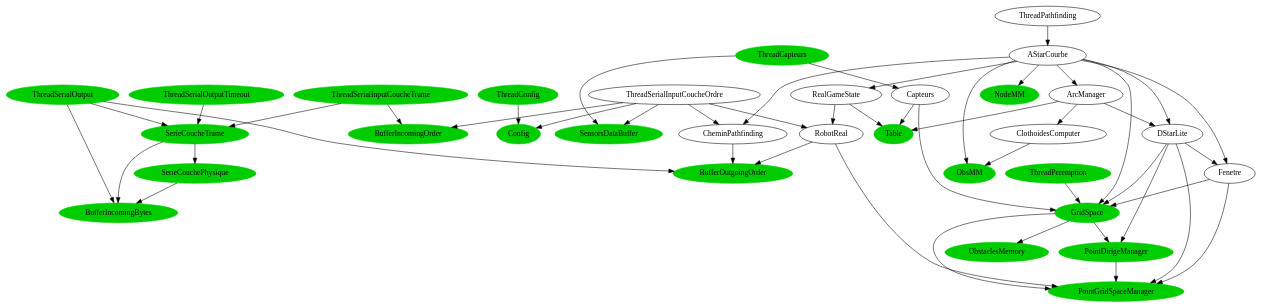
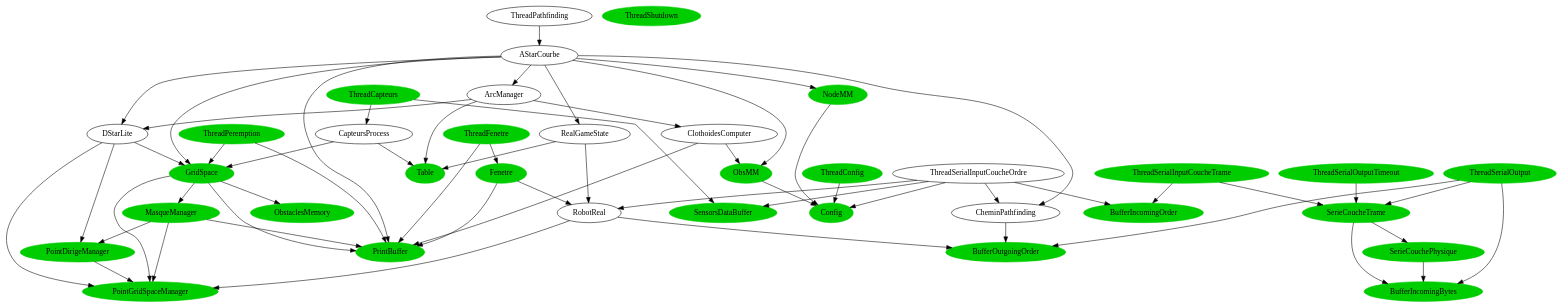
One commit to INTechSenpai/moon-rover changed the diagram in pc/dependances.dot. Above: the diagram before and after it, drawn with Graphviz. The commit also changed 8 other files, not shown here.

```diff
--- a/pc/dependances.dot
+++ b/pc/dependances.dot
@@ -1,128 +1,157 @@
 digraph dependancesJava {
+PrintBuffer;
 ThreadCapteurs [color=green3, style=filled];
 SensorsDataBuffer [color=green3, style=filled];
 ThreadCapteurs -> SensorsDataBuffer;
-Capteurs;
-ThreadCapteurs -> Capteurs;
+CapteursProcess;
+ThreadCapteurs -> CapteursProcess;
 GridSpace [color=green3, style=filled];
-Capteurs -> GridSpace;
+CapteursProcess -> GridSpace;
 ObstaclesMemory [color=green3, style=filled];
 GridSpace -> ObstaclesMemory;
 PointGridSpaceManager [color=green3, style=filled];
 GridSpace -> PointGridSpaceManager;
+PrintBuffer [color=green3, style=filled];
+GridSpace -> PrintBuffer;
+MasqueManager [color=green3, style=filled];
+GridSpace -> MasqueManager;
+PointGridSpaceManager [color=green3, style=filled];
+MasqueManager -> PointGridSpaceManager;
 PointDirigeManager [color=green3, style=filled];
-GridSpace -> PointDirigeManager;
+MasqueManager -> PointDirigeManager;
 PointGridSpaceManager [color=green3, style=filled];
 PointDirigeManager -> PointGridSpaceManager;
+PrintBuffer [color=green3, style=filled];
+MasqueManager -> PrintBuffer;
 Table [color=green3, style=filled];
-Capteurs -> Table;
+CapteursProcess -> Table;
 ThreadConfig [color=green3, style=filled];
 Config [color=green3, style=filled];
 ThreadConfig -> Config;
 ThreadPathfinding;
 AStarCourbe;
 ThreadPathfinding -> AStarCourbe;
 DStarLite;
 AStarCourbe -> DStarLite;
 GridSpace [color=green3, style=filled];
 DStarLite -> GridSpace;
 PointGridSpaceManager [color=green3, style=filled];
 DStarLite -> PointGridSpaceManager;
 PointDirigeManager [color=green3, style=filled];
 DStarLite -> PointDirigeManager;
-Fenetre;
-DStarLite -> Fenetre;
-GridSpace [color=green3, style=filled];
-Fenetre -> GridSpace;
-PointGridSpaceManager [color=green3, style=filled];
-Fenetre -> PointGridSpaceManager;
 ArcManager;
 AStarCourbe -> ArcManager;
 DStarLite;
 ArcManager -> DStarLite;
 ClothoidesComputer;
 ArcManager -> ClothoidesComputer;
 ObsMM [color=green3, style=filled];
 ClothoidesComputer -> ObsMM;
+Config [color=green3, style=filled];
+ObsMM -> Config;
+PrintBuffer [color=green3, style=filled];
+ClothoidesComputer -> PrintBuffer;
 Table [color=green3, style=filled];
 ArcManager -> Table;
 RealGameState;
 AStarCourbe -> RealGameState;
 RobotReal;
 RealGameState -> RobotReal;
 BufferOutgoingOrder [color=green3, style=filled];
 RobotReal -> BufferOutgoingOrder;
 PointGridSpaceManager [color=green3, style=filled];
 RobotReal -> PointGridSpaceManager;
 Table [color=green3, style=filled];
 RealGameState -> Table;
 CheminPathfinding;
 AStarCourbe -> CheminPathfinding;
 BufferOutgoingOrder [color=green3, style=filled];
 CheminPathfinding -> BufferOutgoingOrder;
 NodeMM [color=green3, style=filled];
 AStarCourbe -> NodeMM;
+Config [color=green3, style=filled];
+NodeMM -> Config;
 GridSpace [color=green3, style=filled];
 AStarCourbe -> GridSpace;
 ObsMM [color=green3, style=filled];
 AStarCourbe -> ObsMM;
-Fenetre;
-AStarCourbe -> Fenetre;
+PrintBuffer [color=green3, style=filled];
+AStarCourbe -> PrintBuffer;
 ThreadPeremption [color=green3, style=filled];
 GridSpace [color=green3, style=filled];
 ThreadPeremption -> GridSpace;
+PrintBuffer [color=green3, style=filled];
+ThreadPeremption -> PrintBuffer;
+ThreadFenetre [color=green3, style=filled];
+Fenetre [color=green3, style=filled];
+ThreadFenetre -> Fenetre;
+RobotReal;
+Fenetre -> RobotReal;
+PrintBuffer [color=green3, style=filled];
+Fenetre -> PrintBuffer;
+PrintBuffer [color=green3, style=filled];
+ThreadFenetre -> PrintBuffer;
 ThreadSerialInputCoucheOrdre;
 Config [color=green3, style=filled];
 ThreadSerialInputCoucheOrdre -> Config;
 BufferIncomingOrder [color=green3, style=filled];
 ThreadSerialInputCoucheOrdre -> BufferIncomingOrder;
 SensorsDataBuffer [color=green3, style=filled];
 ThreadSerialInputCoucheOrdre -> SensorsDataBuffer;
 RobotReal;
 ThreadSerialInputCoucheOrdre -> RobotReal;
 CheminPathfinding;
 ThreadSerialInputCoucheOrdre -> CheminPathfinding;
 ThreadSerialInputCoucheTrame [color=green3, style=filled];
 SerieCoucheTrame [color=green3, style=filled];
 ThreadSerialInputCoucheTrame -> SerieCoucheTrame;
 SerieCouchePhysique [color=green3, style=filled];
 SerieCoucheTrame -> SerieCouchePhysique;
 BufferIncomingBytes [color=green3, style=filled];
 SerieCouchePhysique -> BufferIncomingBytes;
 BufferIncomingBytes [color=green3, style=filled];
 SerieCoucheTrame -> BufferIncomingBytes;
 BufferIncomingOrder [color=green3, style=filled];
 ThreadSerialInputCoucheTrame -> BufferIncomingOrder;
 ThreadSerialOutput [color=green3, style=filled];
 SerieCoucheTrame [color=green3, style=filled];
 ThreadSerialOutput -> SerieCoucheTrame;
 BufferOutgoingOrder [color=green3, style=filled];
 ThreadSerialOutput -> BufferOutgoingOrder;
 BufferIncomingBytes [color=green3, style=filled];
 ThreadSerialOutput -> BufferIncomingBytes;
 ThreadSerialOutputTimeout [color=green3, style=filled];
 SerieCoucheTrame [color=green3, style=filled];
 ThreadSerialOutputTimeout -> SerieCoucheTrame;
+ThreadShutdown [color=green3, style=filled];
 Config [color=green3, style=filled];
-Fenetre;
-DStarLite;
-GridSpace [color=green3, style=filled];
-ClothoidesComputer;
-Fenetre;
+Fenetre [color=green3, style=filled];
+ThreadShutdown [color=green3, style=filled];
+ThreadCapteurs [color=green3, style=filled];
+ThreadConfig [color=green3, style=filled];
+ThreadPathfinding;
+ThreadPeremption [color=green3, style=filled];
+ThreadFenetre [color=green3, style=filled];
+ThreadSerialInputCoucheOrdre;
+ThreadSerialInputCoucheTrame [color=green3, style=filled];
+ThreadSerialOutput [color=green3, style=filled];
+ThreadSerialOutputTimeout [color=green3, style=filled];
 ThreadCapteurs [color=green3, style=filled];
 ThreadCapteurs [color=green3, style=filled];
 ThreadConfig [color=green3, style=filled];
 ThreadConfig [color=green3, style=filled];
 ThreadPathfinding;
 ThreadPathfinding;
 ThreadPeremption [color=green3, style=filled];
 ThreadPeremption [color=green3, style=filled];
+ThreadFenetre [color=green3, style=filled];
+ThreadFenetre [color=green3, style=filled];
 ThreadSerialInputCoucheOrdre;
 ThreadSerialInputCoucheOrdre;
 ThreadSerialInputCoucheTrame [color=green3, style=filled];
 ThreadSerialInputCoucheTrame [color=green3, style=filled];
 ThreadSerialOutput [color=green3, style=filled];
 ThreadSerialOutput [color=green3, style=filled];
 ThreadSerialOutputTimeout [color=green3, style=filled];
 ThreadSerialOutputTimeout [color=green3, style=filled];
 }
```
